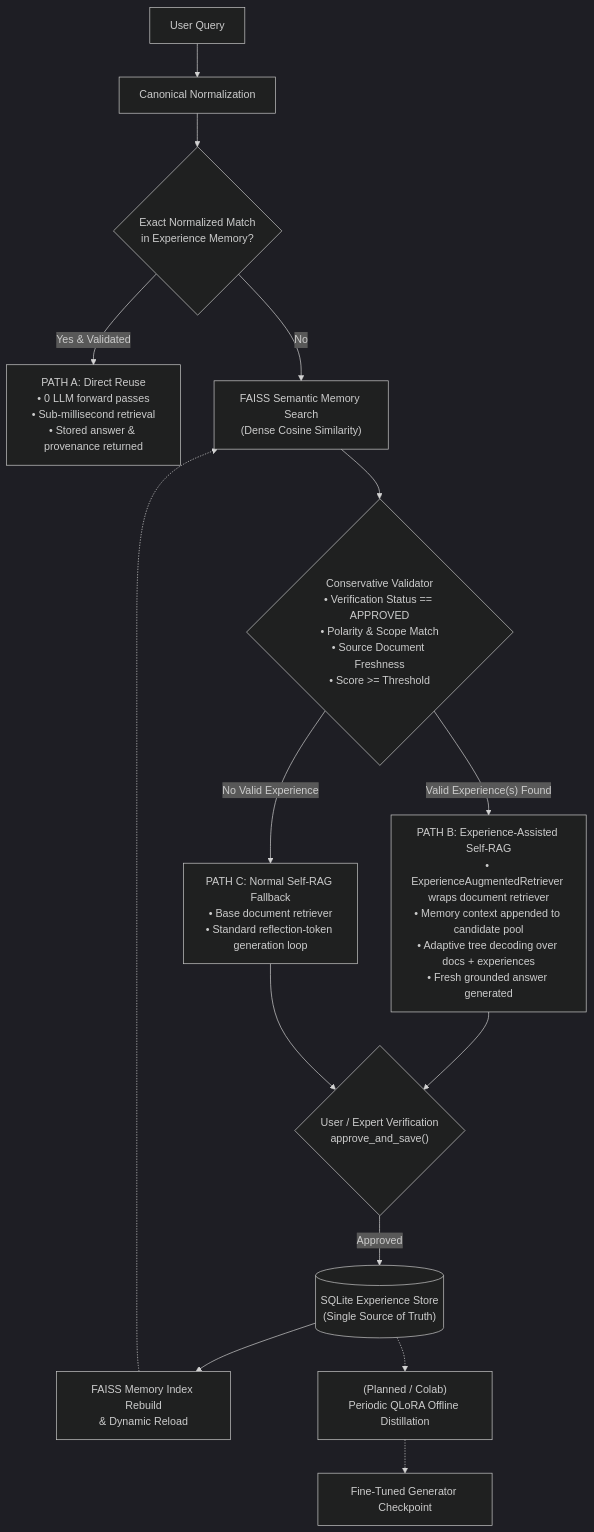
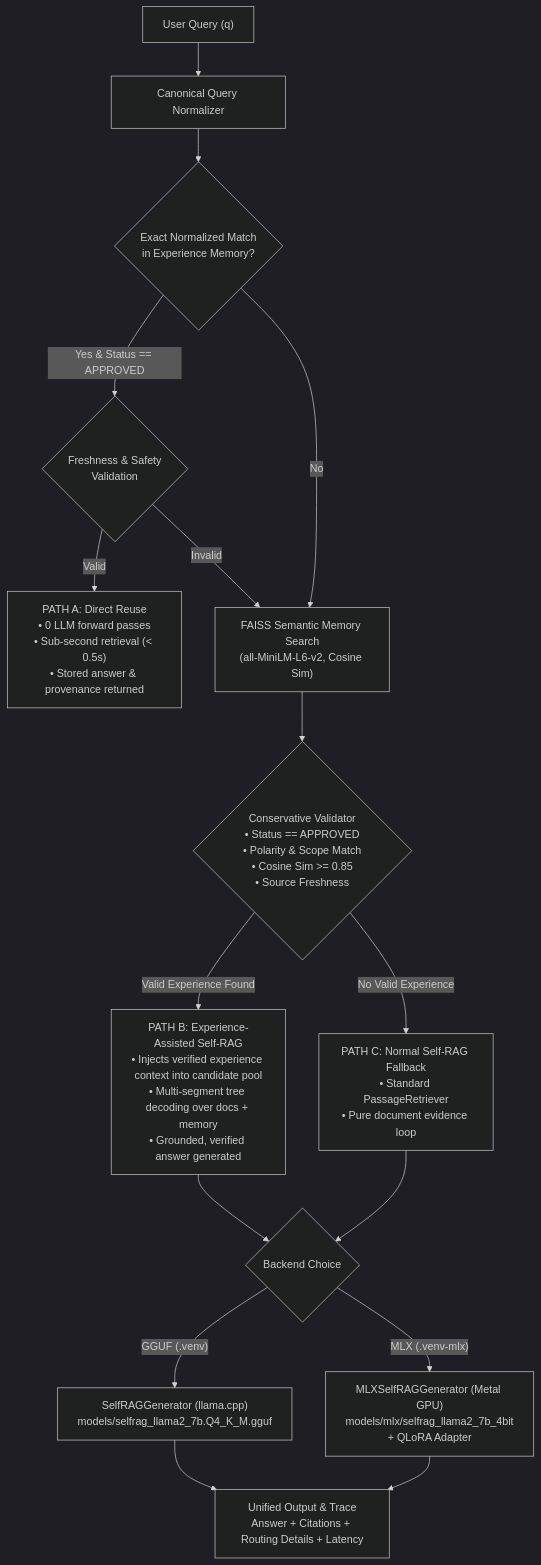
The diagram in README.md (avadhesh11/Self-Rag), drawn with Mermaid (dark theme) before and after one commit. The commit also changed other lines of this file and 42 other files, not shown here.

First line of the commit message:
feat(evorag): Unified CLI, Apple Silicon MLX QLoRA integration, and benchmark validation

````diff
--- a/README.md
+++ b/README.md
@@ -27,29 +27,31 @@
 ```mermaid
 flowchart TD
-    UserQuery["User Query"] --> Norm["Canonical Normalization"]
+    UserQuery["User Query (q)"] --> Norm["Canonical Query Normalizer"]
     Norm --> CheckExact{"Exact Normalized Match<br/>in Experience Memory?"}
 
     %% Path A
-    CheckExact -- "Yes & Validated" --> PathA["PATH A: Direct Reuse<br/>• 0 LLM forward passes<br/>• Sub-millisecond retrieval<br/>• Stored answer & provenance returned"]
+    CheckExact -- "Yes & Status == APPROVED" --> ValA{"Freshness & Safety<br/>Validation"}
+    ValA -- "Valid" --> PathA["PATH A: Direct Reuse<br/>• 0 LLM forward passes<br/>• Sub-second retrieval (< 0.5s)<br/>• Stored answer & provenance returned"]
 
     %% Semantic Lookup
-    CheckExact -- "No" --> FAISS["FAISS Semantic Memory Search<br/>(Dense Cosine Similarity)"]
-    FAISS --> Val{"Conservative Validator<br/>• Verification Status == APPROVED<br/>• Polarity & Scope Match<br/>• Source Document Freshness<br/>• Score >= Threshold"}
+    CheckExact -- "No" --> FAISS["FAISS Semantic Memory Search<br/>(all-MiniLM-L6-v2, Cosine Sim)"]
+    ValA -- "Invalid" --> FAISS
+
+    FAISS --> ValB{"Conservative Validator<br/>• Status == APPROVED<br/>• Polarity & Scope Match<br/>• Cosine Sim >= 0.85<br/>• Source Freshness"}
 
     %% Path B
-    Val -- "Valid Experience(s) Found" --> PathB["PATH B: Experience-Assisted Self-RAG<br/>• ExperienceAugmentedRetriever wraps document retriever<br/>• Memory context appended to candidate pool<br/>• Adaptive tree decoding over docs + experiences<br/>• Fresh grounded answer generated"]
+    ValB -- "Valid Experience Found" --> PathB["PATH B: Experience-Assisted Self-RAG<br/>• Injects verified experience context into candidate pool<br/>• Multi-segment tree decoding over docs + memory<br/>• Grounded, verified answer generated"]
 
     %% Path C
-    Val -- "No Valid Experience" --> PathC["PATH C: Normal Self-RAG Fallback<br/>• Base document retriever<br/>• Standard reflection-token generation loop"]
+    ValB -- "No Valid Experience" --> PathC["PATH C: Normal Self-RAG Fallback<br/>• Standard PassageRetriever<br/>• Pure document evidence loop"]
 
-    %% Learning Loop
-    PathB --> Appr{"User / Expert Verification<br/>approve_and_save()"}
-    PathC --> Appr
+    %% Backend Routing
+    PathB --> BackendSel{"Backend Choice"}
+    PathC --> BackendSel
 
-    Appr -- "Approved" --> SQLite[("SQLite Experience Store<br/>(Single Source of Truth)")]
-    SQLite --> FAISSRebuild["FAISS Memory Index Rebuild<br/>& Dynamic Reload"]
-    FAISSRebuild -.-> FAISS
+    BackendSel -- "GGUF (.venv)" --> GGUFBackend["SelfRAGGenerator (llama.cpp)<br/>models/selfrag_llama2_7b.Q4_K_M.gguf"]
+    BackendSel -- "MLX (.venv-mlx)" --> MLXBackend["MLXSelfRAGGenerator (Metal GPU)<br/>models/mlx/selfrag_llama2_7b_4bit<br/>+ QLoRA Adapter"]
 
-    SQLite -.-> QLoRA["(Planned / Colab)<br/>Periodic QLoRA Offline Distillation"]
-    QLoRA -.-> BaseLLM["Fine-Tuned Generator Checkpoint"]
+    GGUFBackend --> UnifiedOut["Unified Output & Trace<br/>Answer + Citations + Routing Details + Latency"]
+    MLXBackend --> UnifiedOut
 ```
````
